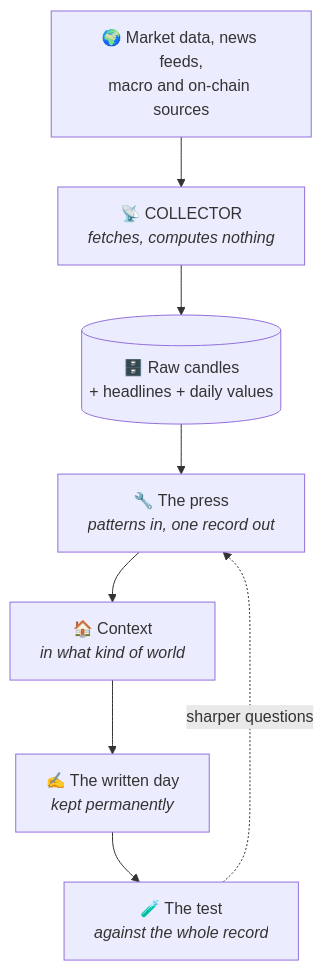
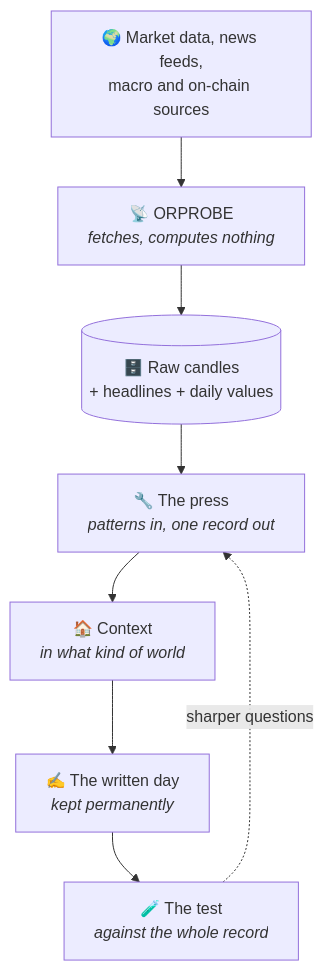
Before and after one commit to orbilob/orbitron-public: the diagram in 03 — THE SYSTEM/The chain.md, drawn with Mermaid. The commit also changed 4 other files, not shown here.

````diff
--- a/03 — THE SYSTEM/The chain.md
+++ b/03 — THE SYSTEM/The chain.md
@@ -12,13 +12,13 @@
 ```mermaid
 flowchart TD
     SRC["🌍 Market data, news feeds,<br/>macro and on-chain sources"]
-    COL["📡 COLLECTOR<br/><i>fetches, computes nothing</i>"]
+    COL["📡 ORPROBE<br/><i>fetches, computes nothing</i>"]
     DB[("🗄️ Raw candles<br/>+ headlines + daily values")]
     PRESS["🔧 The press<br/><i>patterns in, one record out</i>"]
     CTX["🏠 Context<br/><i>in what kind of world</i>"]
     ARCH["✍️ The written day<br/><i>kept permanently</i>"]
     TEST["🧪 The test<br/><i>against the whole record</i>"]
 
     SRC --> COL --> DB --> PRESS --> CTX --> ARCH --> TEST
     TEST -.->|"sharper questions"| PRESS
 ```
````
